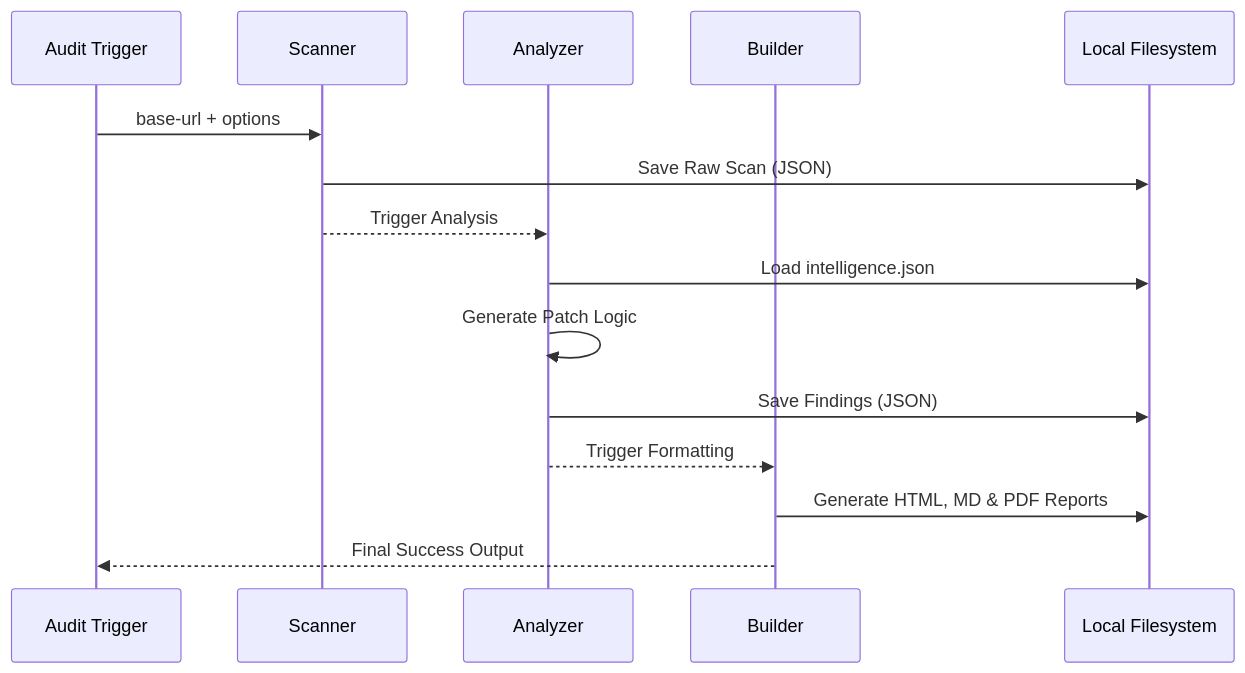
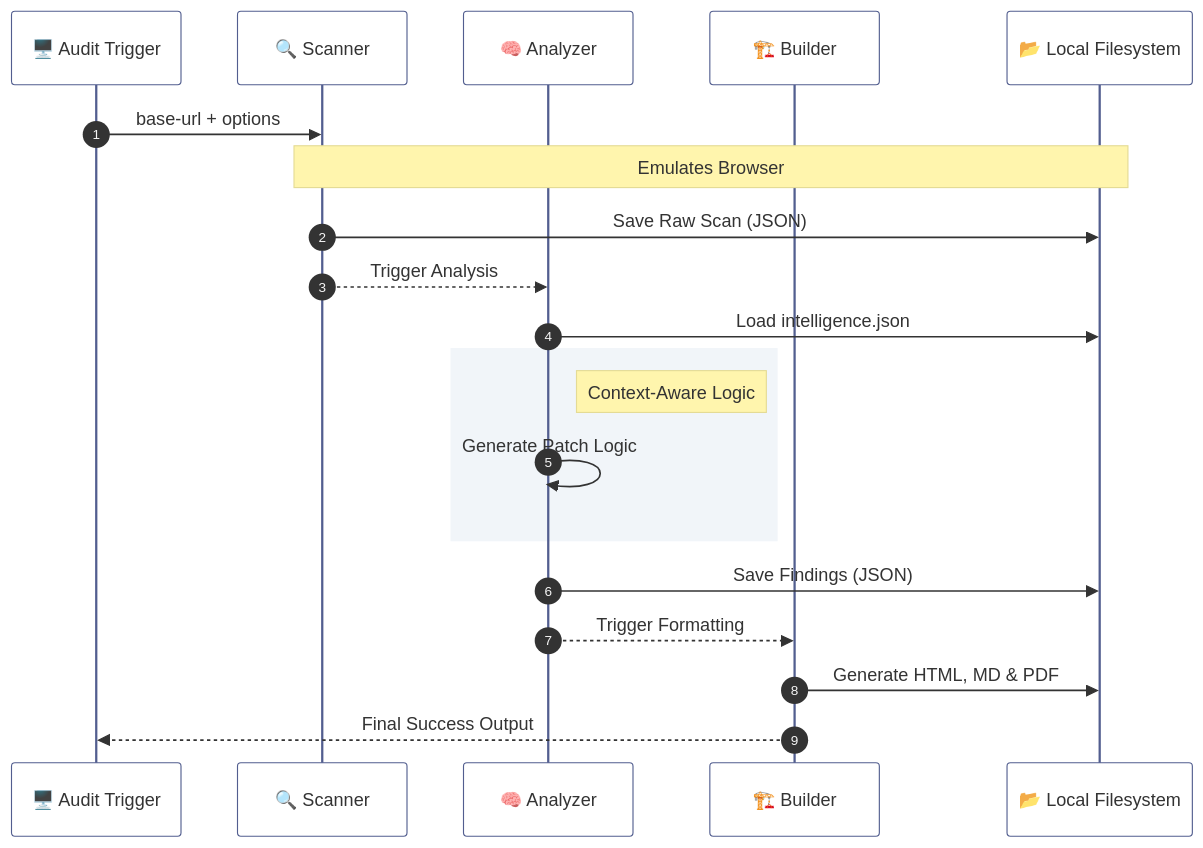
The second of 2 diagrams in docs/architecture.md (diegovelasquezweb/a11y-skill), drawn with Mermaid before and after one commit. The commit also changed other lines of this file, not shown here.

Commit message:
docs: update architecture diagrams with custom themes, enhanced styling, and clearer labels.

````diff
--- a/docs/architecture.md
+++ b/docs/architecture.md
@@ -90,18 +105,24 @@
 ```mermaid
+%%{init: { 'theme': 'base', 'themeVariables': { 'primaryColor': '#3b5cd9', 'secondaryColor': '#f1f5f9', 'tertiaryColor': '#fff', 'mainBkg': '#fff', 'nodeBorder': '#e2e8f0' } } }%%
 sequenceDiagram
-    participant CLI as Audit Trigger
-    participant S as Scanner
-    participant A as Analyzer
-    participant B as Builder
-    participant FS as Local Filesystem
+    autonumber
+    participant CLI as 🖥️ Audit Trigger
+    participant S as 🔍 Scanner
+    participant A as 🧠 Analyzer
+    participant B as 🏗️ Builder
+    participant FS as 📂 Local Filesystem
 
     CLI->>S: base-url + options
+    Note over S,FS: Emulates Browser
     S->>FS: Save Raw Scan (JSON)
     S-->>A: Trigger Analysis
     A->>FS: Load intelligence.json
-    A->>A: Generate Patch Logic
+    rect rgb(241, 245, 249)
+        Note right of A: Context-Aware Logic
+        A->>A: Generate Patch Logic
+    end
     A->>FS: Save Findings (JSON)
     A-->>B: Trigger Formatting
-    B->>FS: Generate HTML, MD & PDF Reports
+    B->>FS: Generate HTML, MD & PDF
     B-->>CLI: Final Success Output
 ```
````
